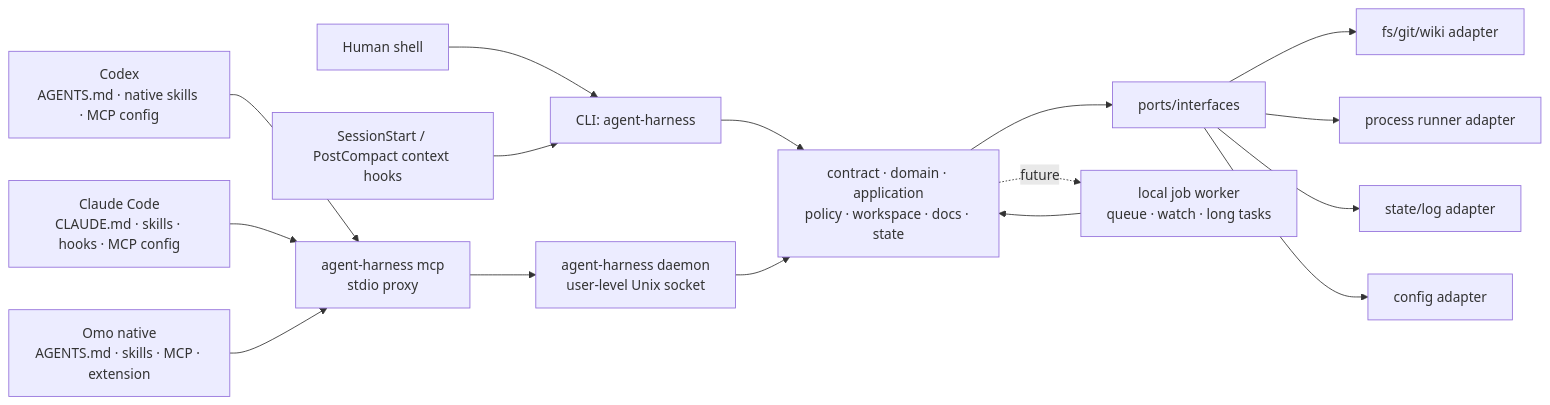
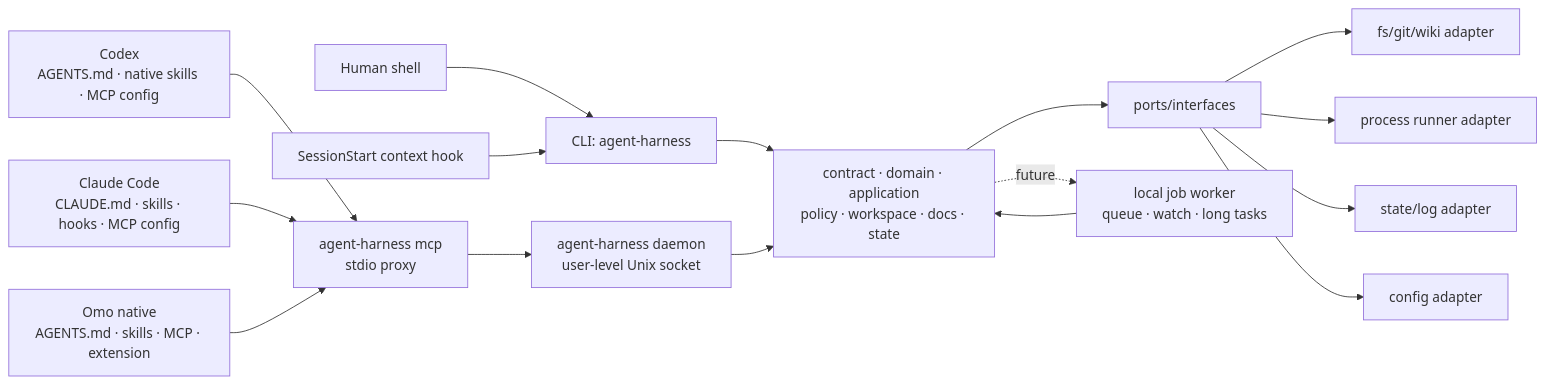
One commit to m16khb-org/agent-harness changed the diagram in .agent-harness/architecture/hexagonal-core.md. Above: the diagram before and after it, drawn with Mermaid. The commit also changed other lines of this file and 26 other files, not shown here.

````diff
--- a/.agent-harness/architecture/hexagonal-core.md
+++ b/.agent-harness/architecture/hexagonal-core.md
@@ -22,20 +22,20 @@
 ```mermaid
 flowchart LR
     Codex["Codex<br/>AGENTS.md · native skills · MCP config"] --> MCPProxy["agent-harness mcp<br/>stdio proxy"]
     Claude["Claude Code<br/>CLAUDE.md · skills · hooks · MCP config"] --> MCPProxy
     Omo["Omo native<br/>AGENTS.md · skills · MCP · extension"] --> MCPProxy
     Human["Human shell"] --> CLI["CLI: agent-harness"]
-    Hook["SessionStart / PostCompact context hooks"] --> CLI
+    Hook["SessionStart context hook"] --> CLI
 
     MCPProxy --> Daemon["agent-harness daemon<br/>user-level Unix socket"]
     CLI --> Core["contract · domain · application<br/>policy · workspace · docs · state"]
     Daemon --> Core
     Core --> Ports["ports/interfaces"]
     Ports --> FS["fs/git/wiki adapter"]
     Ports --> Proc["process runner adapter"]
     Ports --> State["state/log adapter"]
     Ports --> Config["config adapter"]
 
     Core -. future .-> Worker["local job worker<br/>queue · watch · long tasks"]
     Worker --> Core
 ```
````
